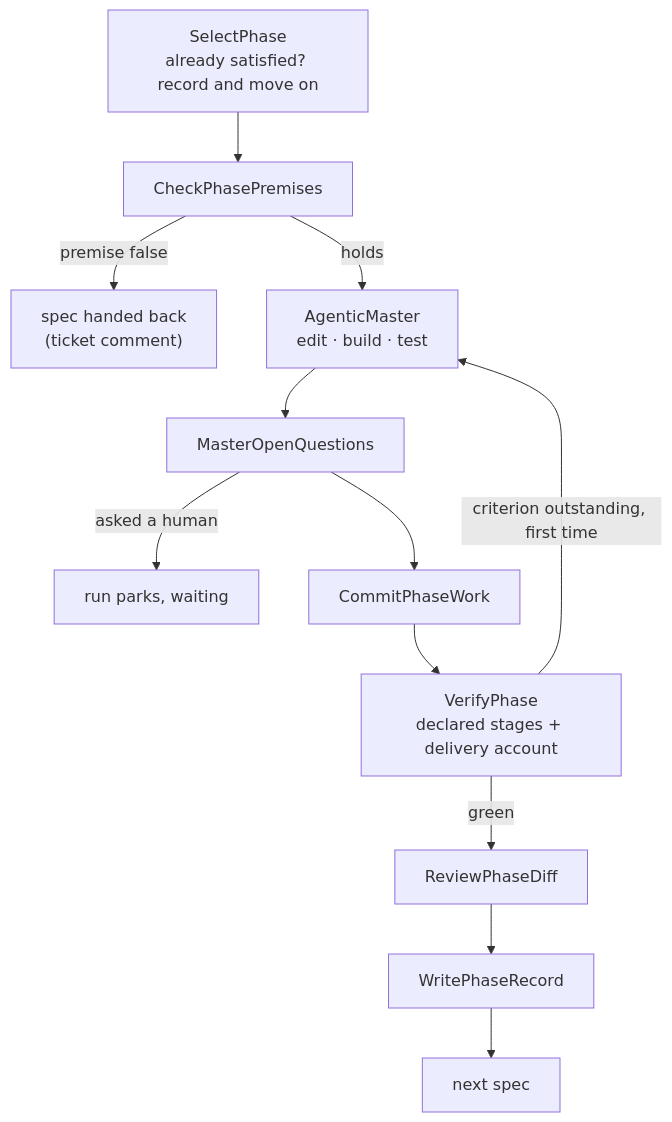
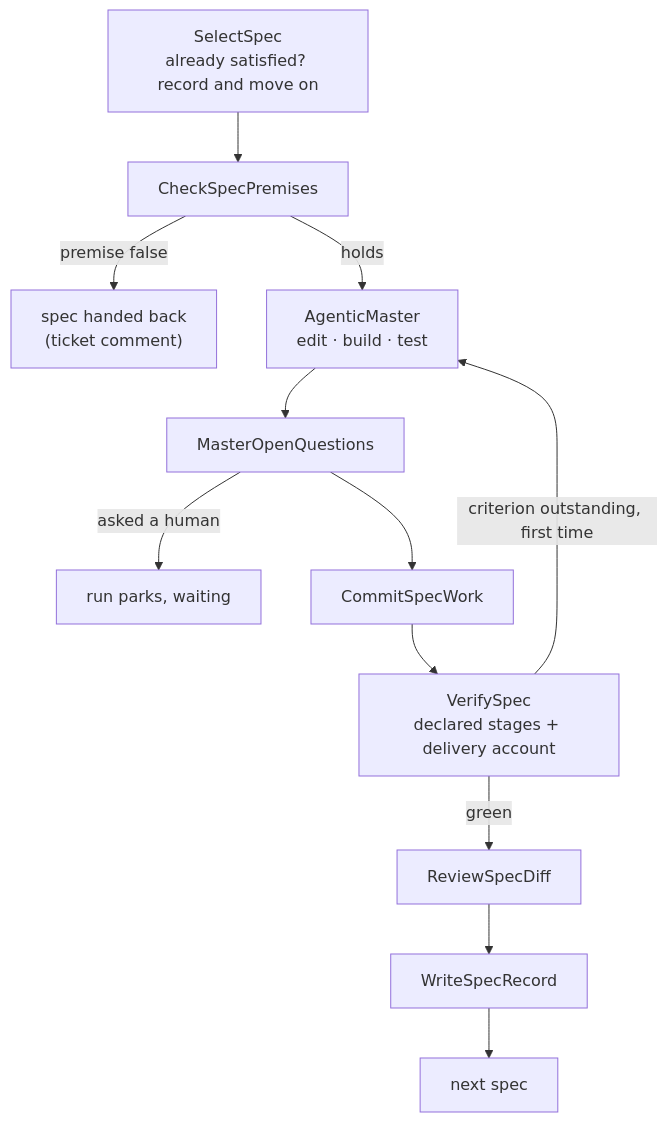
One commit to holgerleichsenring/agent-smith changed the diagram in docs/how-it-works/lifecycle.md. Above: the diagram before and after it, drawn with Mermaid. The commit also changed other lines of this file and 160 other files, not shown here.

First line of the commit message:
feat: an architecture test refuses the word phase outside history and a shrink-only allowlist (2026-10-12-967ag)

````diff
--- a/docs/how-it-works/lifecycle.md
+++ b/docs/how-it-works/lifecycle.md
@@ -25,14 +25,14 @@
 ```mermaid
 graph TD
-    Select["SelectPhase<br/>already satisfied? record and move on"] --> Premises[CheckPhasePremises]
+    Select["SelectSpec<br/>already satisfied? record and move on"] --> Premises[CheckSpecPremises]
     Premises -->|premise false| Handback["spec handed back<br/>(ticket comment)"]
     Premises -->|holds| Master["AgenticMaster<br/>edit · build · test"]
     Master --> Questions[MasterOpenQuestions]
     Questions -->|asked a human| Park["run parks, waiting"]
-    Questions --> Commit[CommitPhaseWork]
-    Commit --> Verify["VerifyPhase<br/>declared stages + delivery account"]
+    Questions --> Commit[CommitSpecWork]
+    Commit --> Verify["VerifySpec<br/>declared stages + delivery account"]
     Verify -->|criterion outstanding, first time| Master
-    Verify -->|green| Review[ReviewPhaseDiff]
-    Review --> Record[WritePhaseRecord]
+    Verify -->|green| Review[ReviewSpecDiff]
+    Review --> Record[WriteSpecRecord]
     Record --> Next[next spec]
 ```
````
